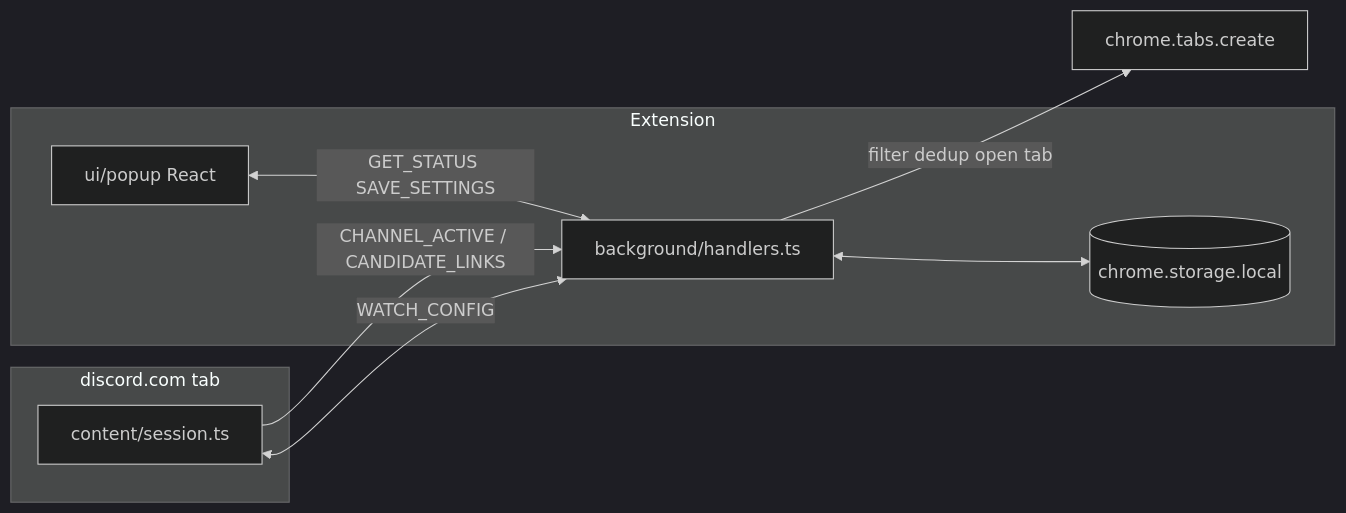
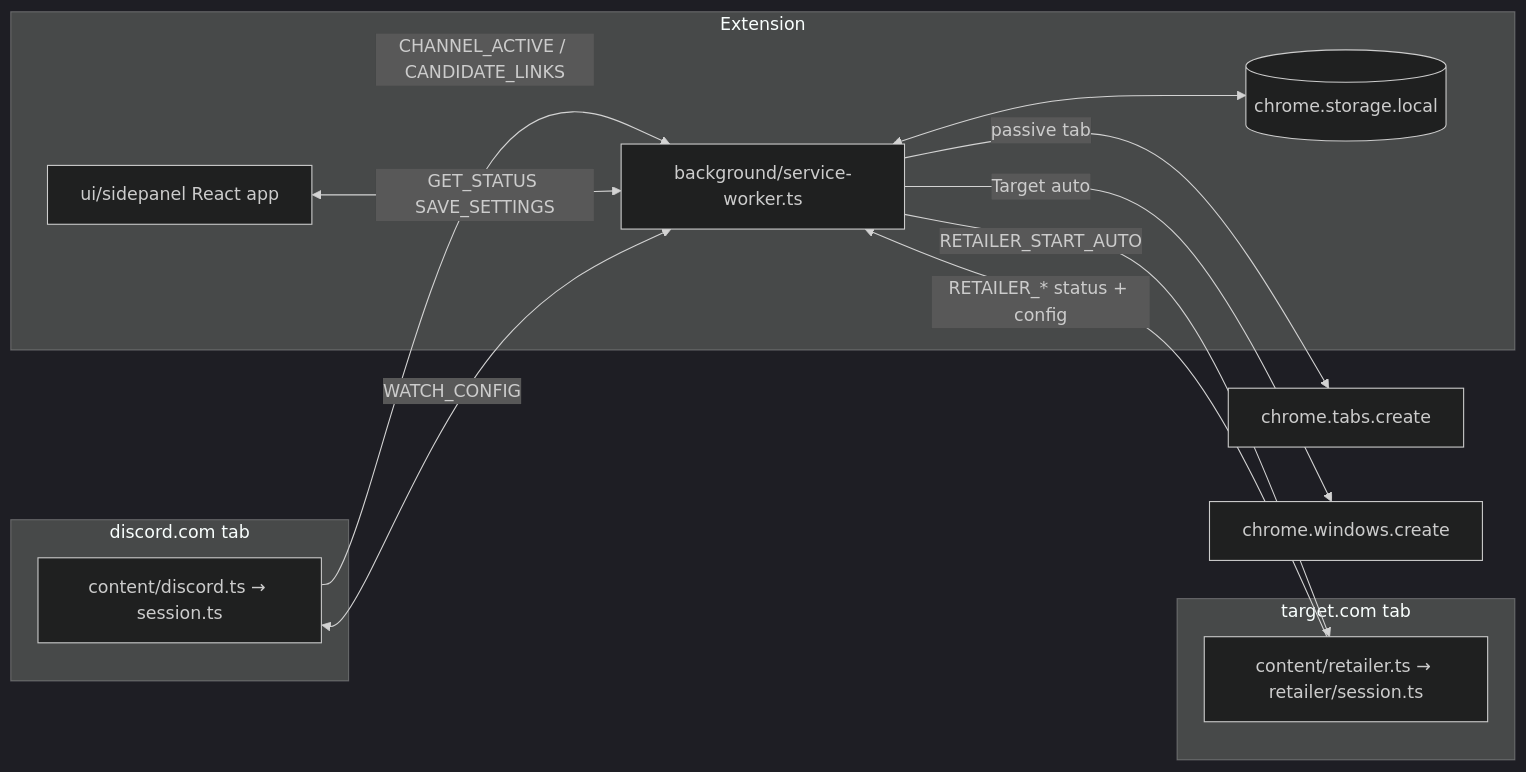
Before and after one commit to Quarks-1/CookieScripts: the diagram in AGENTS.md, drawn with Mermaid (dark theme). The commit also changed other lines of this file, not shown here.

First line of the commit message:
docs: polish AGENTS.md to reflect side panel UI and retailer flow

````diff
--- a/AGENTS.md
+++ b/AGENTS.md
@@ -25,16 +27,22 @@
 ```mermaid
 flowchart LR
   subgraph discordTab [discord.com tab]
-    CS[content/session.ts]
+    DCS[content/discord.ts → session.ts]
+  end
+  subgraph targetTab [target.com tab]
+    RCS[content/retailer.ts → retailer/session.ts]
   end
   subgraph ext [Extension]
-    SW[background/handlers.ts]
+    SW[background/service-worker.ts]
     Store[(chrome.storage.local)]
-    POP[ui/popup React]
+    UI[ui/sidepanel React app]
   end
-  CS -->|CHANNEL_ACTIVE / CANDIDATE_LINKS| SW
-  SW -->|filter dedup open tab| NewTab[chrome.tabs.create]
+  DCS -->|CHANNEL_ACTIVE / CANDIDATE_LINKS| SW
+  RCS -->|RETAILER_* status + config| SW
+  SW -->|passive tab| Tab[chrome.tabs.create]
+  SW -->|Target auto| Win[chrome.windows.create]
+  SW -->|RETAILER_START_AUTO| RCS
   SW <--> Store
-  POP <-->|GET_STATUS SAVE_SETTINGS| SW
-  CS <-->|WATCH_CONFIG| SW
+  UI <-->|GET_STATUS SAVE_SETTINGS| SW
+  DCS <-->|WATCH_CONFIG| SW
 ```
````
